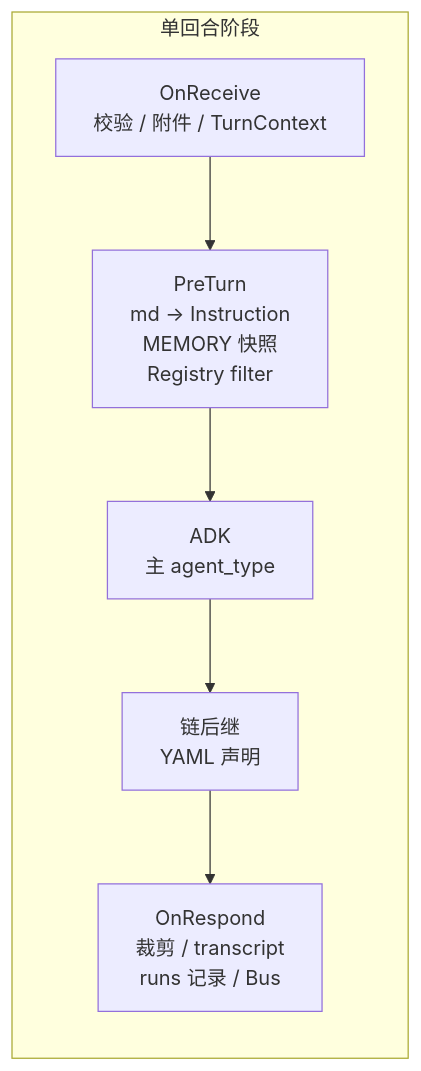
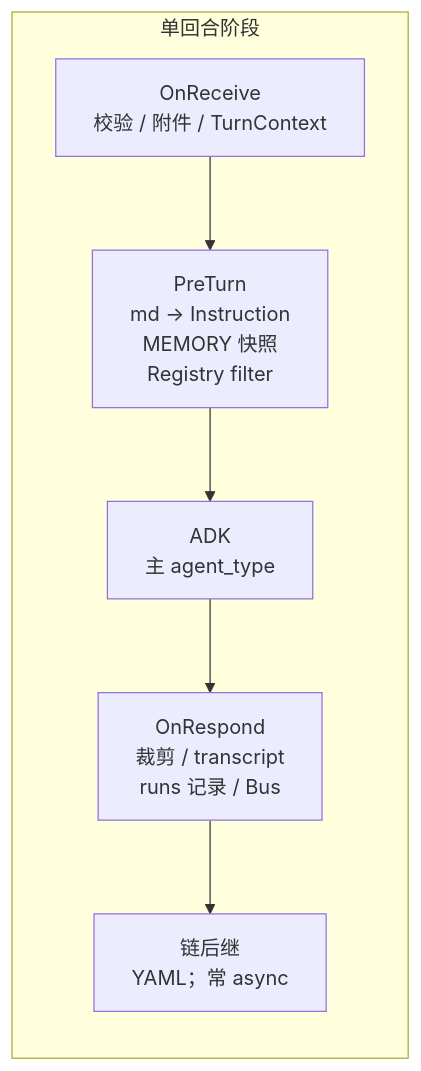
Before and after one commit to lengzhao/oneclaw: the third of 9 diagrams in docs/architecture.md, drawn with Mermaid. The commit also changed other lines of this file and 9 other files, not shown here.

````diff
--- a/docs/architecture.md
+++ b/docs/architecture.md
@@ -116,11 +116,11 @@
 ```mermaid
 flowchart LR
   subgraph phases [单回合阶段]
     R[OnReceive<br/>校验 / 附件 / TurnContext]
     P[PreTurn<br/>md → Instruction<br/>MEMORY 快照<br/>Registry filter]
     A[ADK<br/>主 agent_type]
-    Q[链后继<br/>YAML 声明]
     O[OnRespond<br/>裁剪 / transcript<br/>runs 记录 / Bus]
+    Q[链后继<br/>YAML；常 async]
   end
-  R --> P --> A --> Q --> O
+  R --> P --> A --> O --> Q
 ```
````
